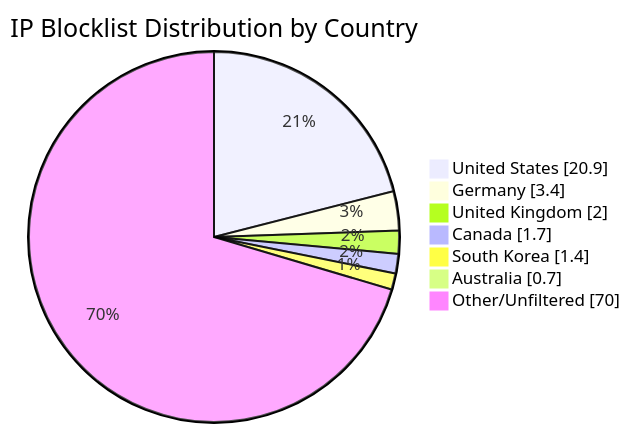
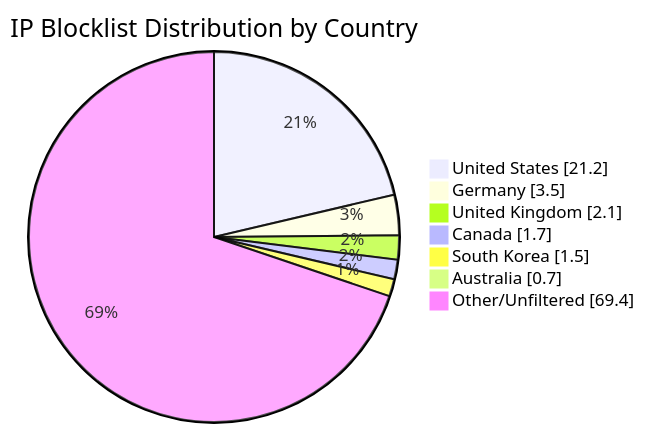
Before and after one commit to MarcusHoltz/ipblocklist-geofiltered-aggregator: the diagram in README.md, drawn with Mermaid. The commit also changed other lines of this file and 9 other files, not shown here.

````diff
--- a/README.md
+++ b/README.md
@@ -34,10 +34,10 @@
 ```mermaid
 pie showData title IP Blocklist Distribution by Country
-"United States" : 20.9
-"Germany" : 3.4
-"United Kingdom" : 2.0
+"United States" : 21.2
+"Germany" : 3.5
+"United Kingdom" : 2.1
 "Canada" : 1.7
-"South Korea" : 1.4
+"South Korea" : 1.5
 "Australia" : 0.7
-"Other/Unfiltered" : 70.0
+"Other/Unfiltered" : 69.4
 ```
````
